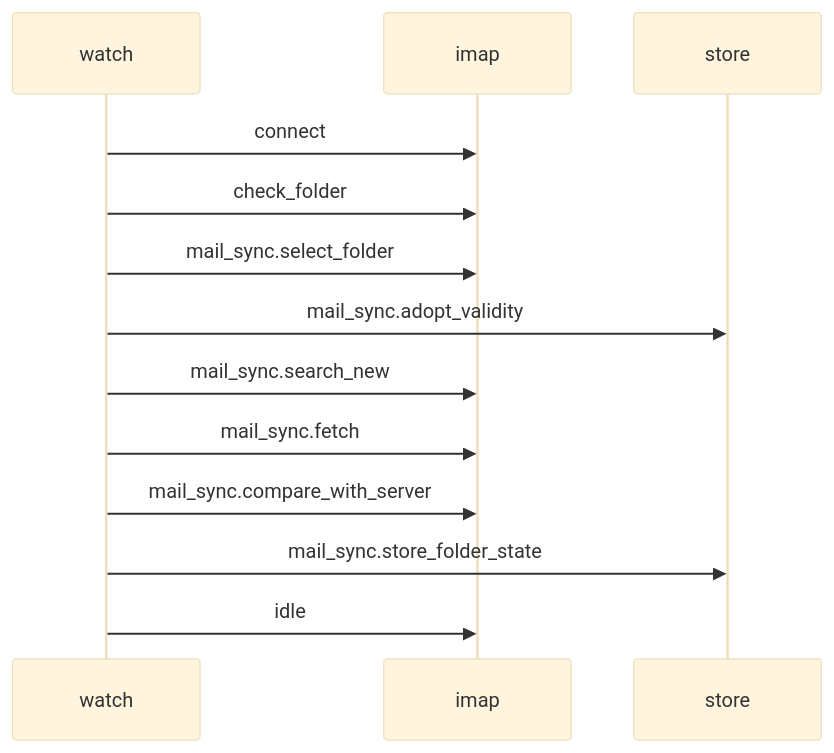
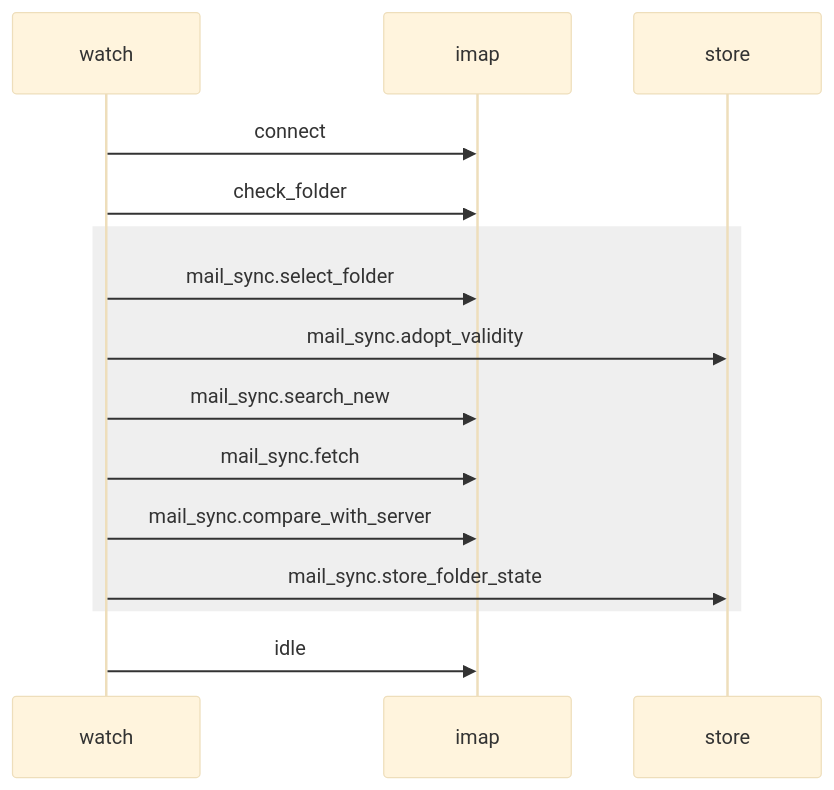
One commit to rabalyn/shale changed the diagram in docs/dataflow/mail-watch.md. Above: the diagram before and after it, drawn with Mermaid (base theme). The commit also changed 10 other files, not shown here.

````diff
--- a/docs/dataflow/mail-watch.md
+++ b/docs/dataflow/mail-watch.md
@@ -8,15 +8,17 @@
 ```mermaid
 sequenceDiagram
     participant watch
     participant imap
     participant store
     watch->>imap: connect
     watch->>imap: check_folder
-    watch->>imap: mail_sync.select_folder
-    watch->>store: mail_sync.adopt_validity
-    watch->>imap: mail_sync.search_new
-    watch->>imap: mail_sync.fetch
-    watch->>imap: mail_sync.compare_with_server
-    watch->>store: mail_sync.store_folder_state
+    rect rgba(127, 127, 127, 0.12)
+        watch->>imap: mail_sync.select_folder
+        watch->>store: mail_sync.adopt_validity
+        watch->>imap: mail_sync.search_new
+        watch->>imap: mail_sync.fetch
+        watch->>imap: mail_sync.compare_with_server
+        watch->>store: mail_sync.store_folder_state
+    end
     watch->>imap: idle
 ```
````
